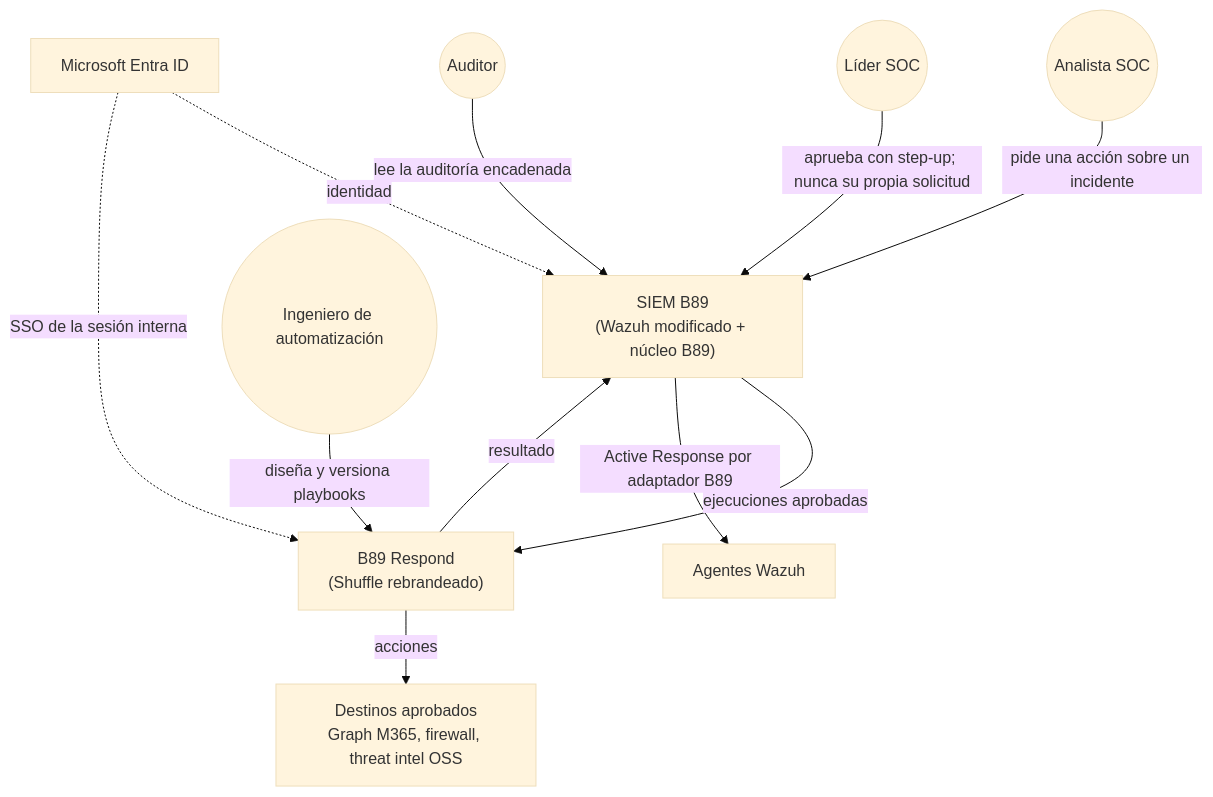
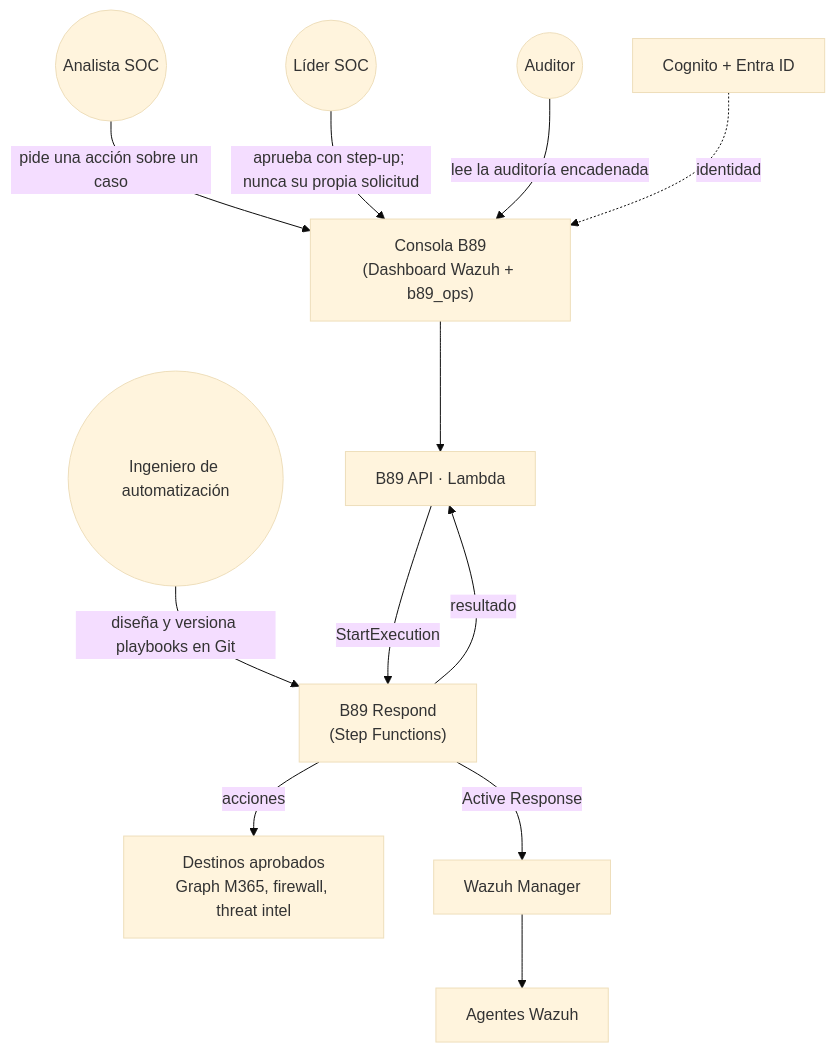
Before and after one commit to CyberStill-GmbH/b89-secops: the first of 4 diagrams in docs/14-b89-respond-conexion-b89.md, drawn with Mermaid (base theme). The commit also changed other lines of this file and 45 other files, not shown here.

````diff
--- a/docs/14-b89-respond-conexion-b89.md
+++ b/docs/14-b89-respond-conexion-b89.md
@@ -11,13 +13,13 @@
 ```mermaid
 flowchart TB
-  A((Analista SOC)) -->|pide una acción sobre un incidente| SIEM
-  L((Líder SOC)) -->|aprueba con step-up; nunca su propia solicitud| SIEM
-  E((Ingeniero de automatización)) -->|diseña y versiona playbooks| B89_RESPOND
-  AU((Auditor)) -->|lee la auditoría encadenada| SIEM
-  SIEM["SIEM B89<br/>(Wazuh modificado + núcleo B89)"] -->|ejecuciones aprobadas| B89_RESPOND["B89 Respond<br/>(Shuffle rebrandeado)"]
-  B89_RESPOND -->|resultado| SIEM
-  B89_RESPOND -->|acciones| T["Destinos aprobados<br/>Graph M365, firewall, threat intel OSS"]
-  SIEM -->|Active Response por adaptador B89| W[Agentes Wazuh]
-  ENTRA[Microsoft Entra ID] -.->|identidad| SIEM
-  ENTRA -.->|SSO de la sesión interna| B89_RESPOND
+  A((Analista SOC)) -->|pide una acción sobre un caso| UI
+  L((Líder SOC)) -->|aprueba con step-up; nunca su propia solicitud| UI
+  E((Ingeniero de automatización)) -->|diseña y versiona playbooks en Git| SFN
+  AU((Auditor)) -->|lee la auditoría encadenada| UI
+  UI["Consola B89<br/>(Dashboard Wazuh + b89_ops)"] --> API[B89 API · Lambda]
+  API -->|StartExecution| SFN["B89 Respond<br/>(Step Functions)"]
+  SFN -->|resultado| API
+  SFN -->|acciones| T["Destinos aprobados<br/>Graph M365, firewall, threat intel"]
+  SFN -->|Active Response| MGR[Wazuh Manager] --> W[Agentes Wazuh]
+  COG[Cognito + Entra ID] -.->|identidad| UI
 ```
````
